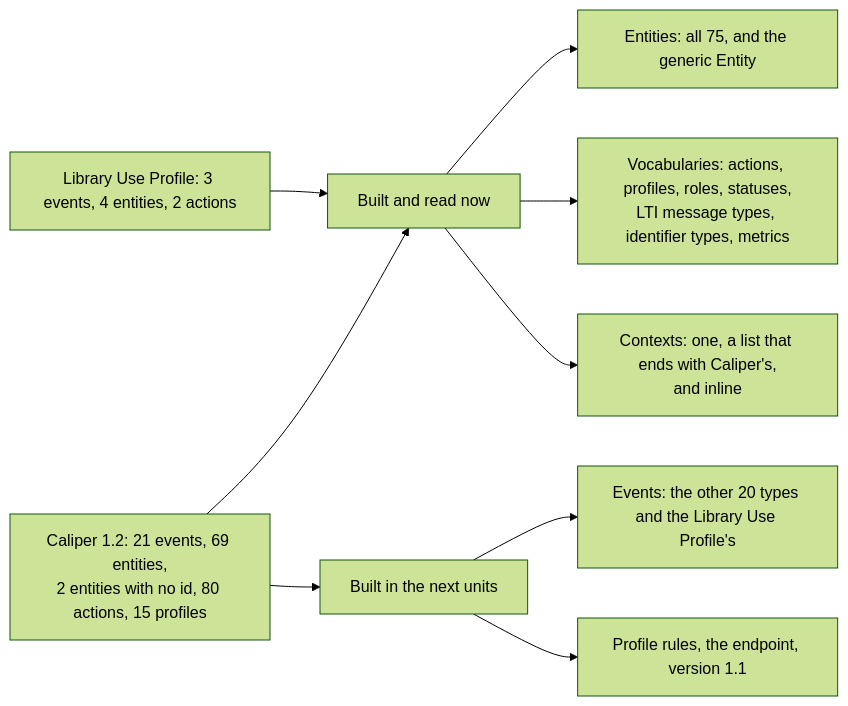
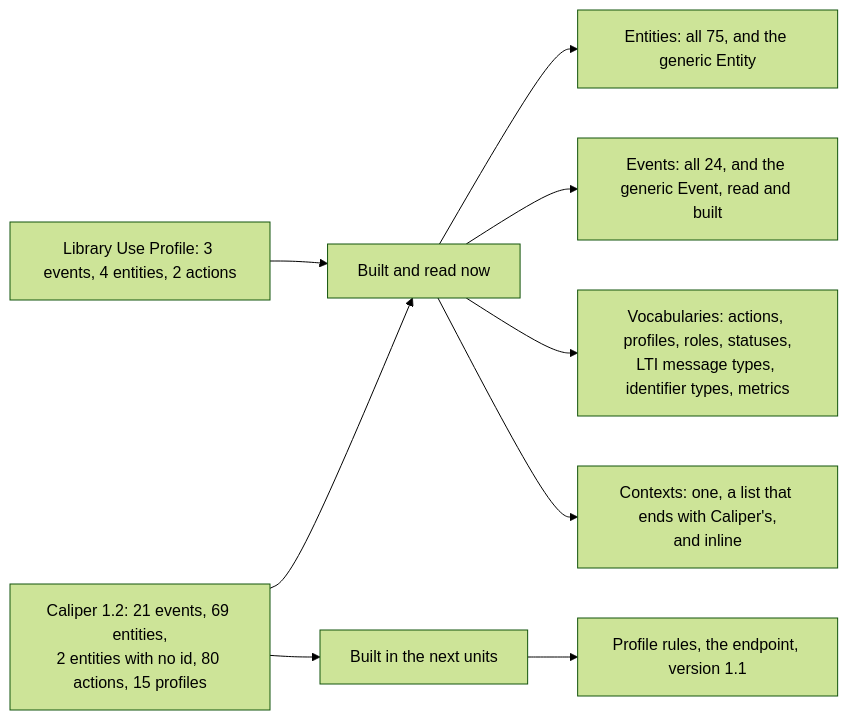
The diagram in docs/learning-analytics/supported.md (interopkit/interopkit), drawn with Mermaid (forest theme) before and after one commit. The commit also changed other lines of this file and 42 other files, not shown here.

Commit message:
Model the 24 events of Caliper 1.2 and the Library Use Profile, read an event against its class, and build events and entities with any list of contexts

````diff
--- a/docs/learning-analytics/supported.md
+++ b/docs/learning-analytics/supported.md
@@ -6,11 +6,11 @@
 ```mermaid
 flowchart LR
   spec["Caliper 1.2: 21 events, 69 entities,<br/>2 entities with no id, 80 actions, 15 profiles"] --> have["Built and read now"]
   spec --> next["Built in the next units"]
   lib["Library Use Profile: 3 events, 4 entities, 2 actions"] --> have
-  have --> ents["Entities: all 75, and the generic Entity"]
+  have --> entityNode["Entities: all 75, and the generic Entity"]
+  have --> eventNode["Events: all 24, and the generic Event, read and built"]
   have --> vocab["Vocabularies: actions, profiles, roles, statuses,<br/>LTI message types, identifier types, metrics"]
   have --> ctx["Contexts: one, a list that ends with Caliper's,<br/>and inline"]
-  next --> events["Events: the other 20 types and the Library Use Profile's"]
   next --> prof["Profile rules, the endpoint, version 1.1"]
 ```
````
